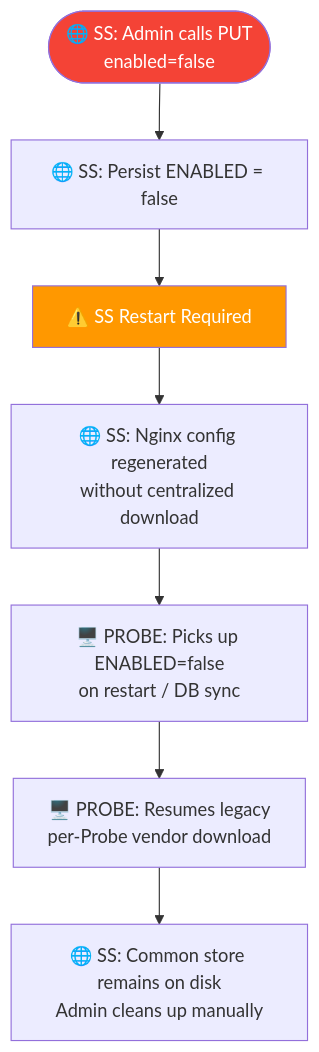
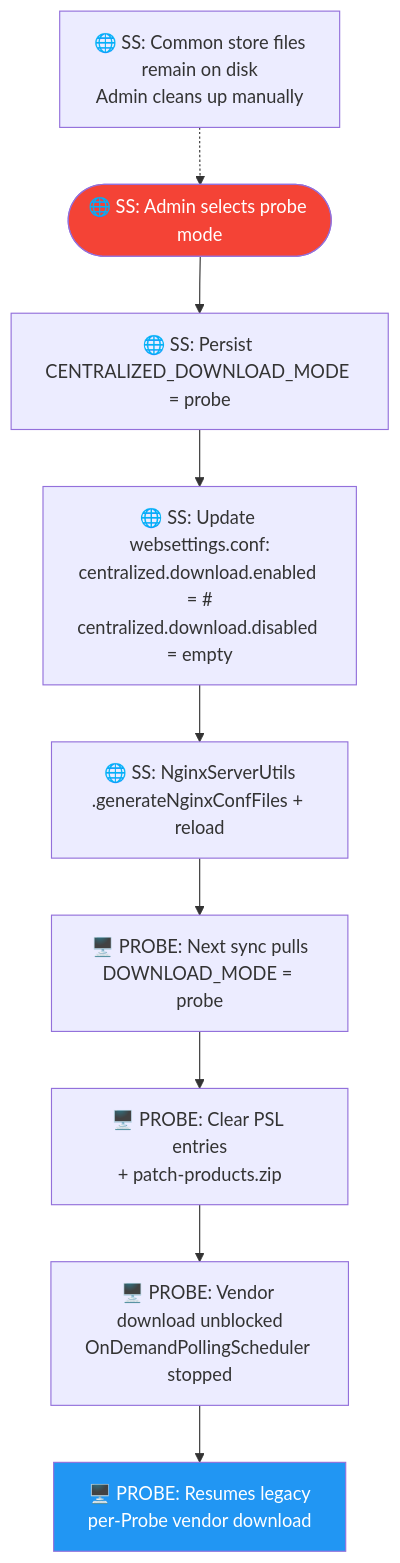
Diagram 14 of 31 in use-case-diagrams.md (ranjithkumar-a-23525/RebaseEx), drawn with Mermaid before and after one commit. The commit also changed other lines of this file, not shown here.

````diff
--- a/use-case-diagrams.md
+++ b/use-case-diagrams.md
@@ -272,12 +306,15 @@
 ```mermaid
 flowchart TD
-    A(["🌐 SS: Admin calls PUT<br/>enabled=false"]) --> B["🌐 SS: Persist ENABLED = false"]
-    B --> C["⚠️ SS Restart Required"]
-    C --> D["🌐 SS: Nginx config regenerated<br/>without centralized download"]
-    D --> E["🖥️ PROBE: Picks up ENABLED=false<br/>on restart / DB sync"]
-    E --> F["🖥️ PROBE: Resumes legacy<br/>per-Probe vendor download"]
-    F --> G["🌐 SS: Common store remains on disk<br/>Admin cleans up manually"]
+    A(["🌐 SS: Admin selects probe mode"]) --> B["🌐 SS: Persist CENTRALIZED_DOWNLOAD_MODE = probe"]
+    B --> C["🌐 SS: Update websettings.conf:<br/>centralized.download.enabled = #<br/>centralized.download.disabled = empty"]
+    C --> D["🌐 SS: NginxServerUtils<br/>.generateNginxConfFiles + reload"]
+    D --> E["🖥️ PROBE: Next sync pulls<br/>DOWNLOAD_MODE = probe"]
+    E --> F["🖥️ PROBE: Clear PSL entries<br/>+ patch-products.zip"]
+    F --> G["🖥️ PROBE: Vendor download unblocked<br/>OnDemandPollingScheduler stopped"]
+    G --> H["🖥️ PROBE: Resumes legacy<br/>per-Probe vendor download"]
+
+    I["🌐 SS: Common store files<br/>remain on disk<br/>Admin cleans up manually"] -.-> A
 
     style A fill:#f44336,color:#fff
-    style C fill:#FF9800,color:#fff
+    style H fill:#2196F3,color:#fff
 ```
````
